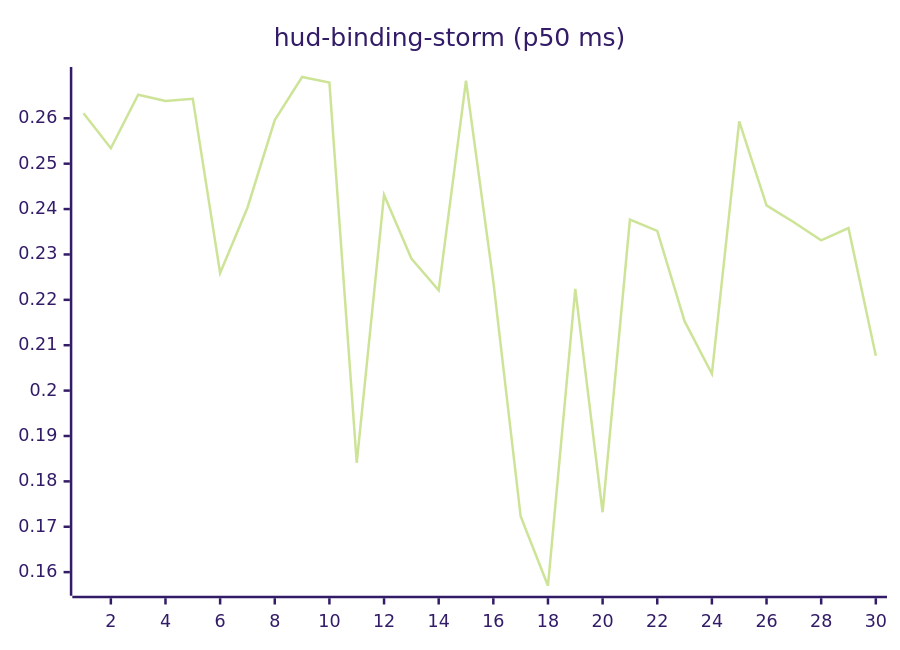
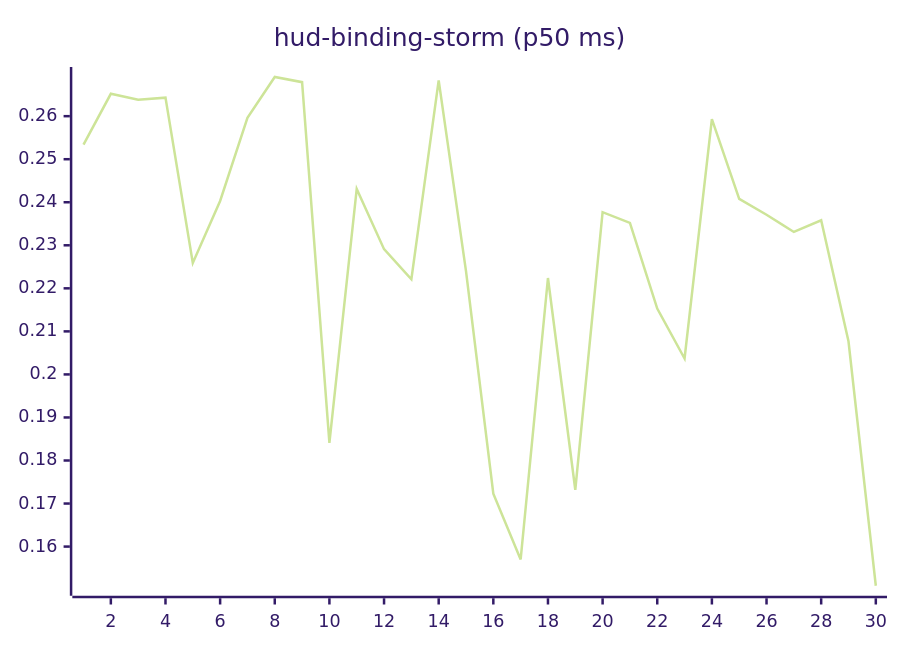
The tenth of 27 diagrams in README.md (josha/Facet), drawn with Mermaid (forest theme) before and after one commit. The commit also changed other lines of this file and 2 other files, not shown here.

````diff
--- a/README.md
+++ b/README.md
@@ -126,6 +126,6 @@
 ```mermaid
 xychart-beta
     title "hud-binding-storm (p50 ms)"
     x-axis 1 --> 30
-    line [0.2611, 0.2534, 0.2652, 0.2638, 0.2643, 0.2259, 0.2403, 0.2596, 0.2691, 0.2679, 0.1841, 0.2431, 0.2291, 0.2221, 0.2683, 0.2240, 0.1723, 0.1570, 0.2224, 0.1732, 0.2377, 0.2352, 0.2153, 0.2037, 0.2593, 0.2408, 0.2371, 0.2331, 0.2358, 0.2077]
+    line [0.2534, 0.2652, 0.2638, 0.2643, 0.2259, 0.2403, 0.2596, 0.2691, 0.2679, 0.1841, 0.2431, 0.2291, 0.2221, 0.2683, 0.2240, 0.1723, 0.1570, 0.2224, 0.1732, 0.2377, 0.2352, 0.2153, 0.2037, 0.2593, 0.2408, 0.2371, 0.2331, 0.2358, 0.2077, 0.1509]
 ```
````
